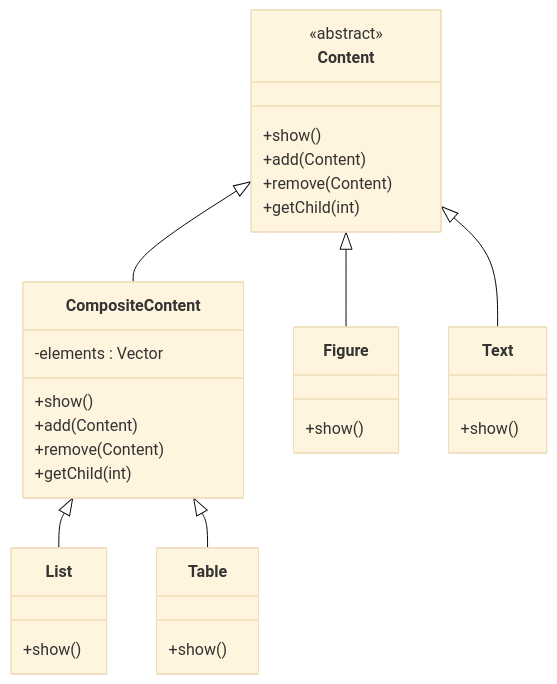
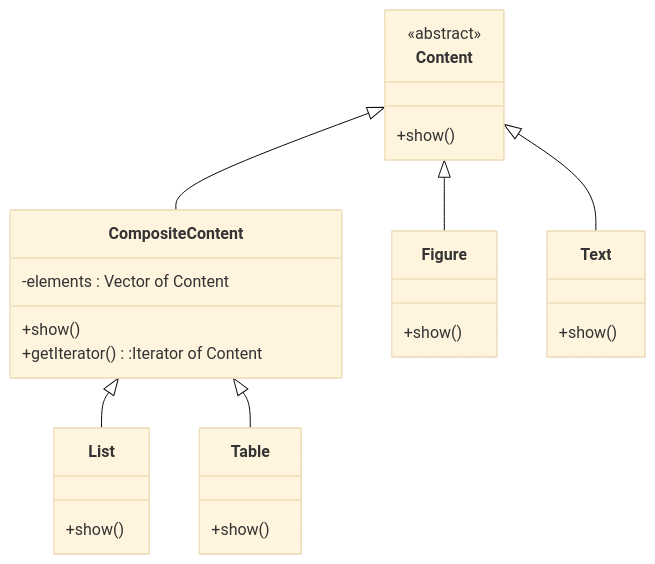
The third of 4 diagrams in domaindesign.md (Borrelhapje/design-for-change), drawn with Mermaid (base theme) before and after one commit. The commit also changed other lines of this file, not shown here.

````diff
--- a/domaindesign.md
+++ b/domaindesign.md
@@ -100,33 +97,28 @@
 ```mermaid
 classDiagram
 class Content{
 	<<abstract>>
+	+show()}
+class CompositeContent{
+	-elements : Vector of Content
 	+show()
-	+add(Content)
-	+remove(Content)
-	+getChild(int)}
-class CompositeContent{
-	-elements : Vector
-	+show()
-	+add(Content)
-	+remove(Content)
-	+getChild(int)
+        +getIterator():Iterator of Content
 }
 class List{
 	+show()
 }
 class Table{
 	+show()
 }
 class Figure{
 	+show()
 }
 class Text{
 	+show()
 }
 Content <|-- Figure
 Content <|-- Text
 Content <|-- CompositeContent
 CompositeContent <|-- List
 CompositeContent <|-- Table
 ```
````
